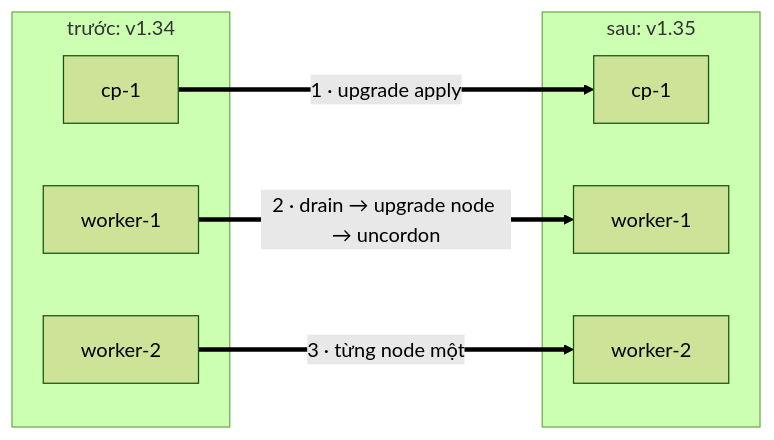
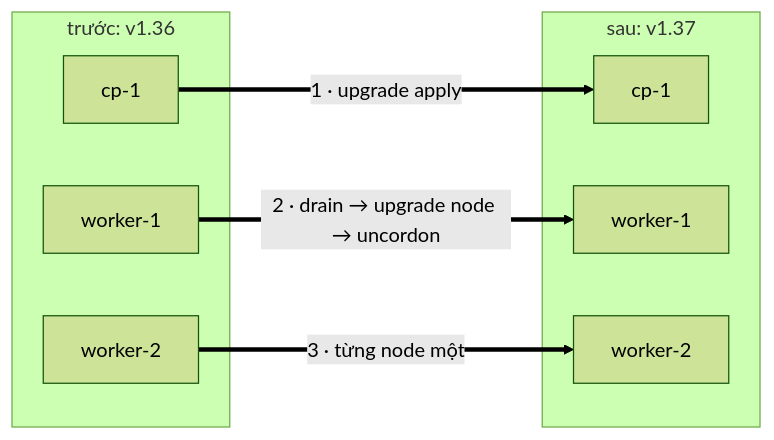
One commit to TomJennyDev/cka-labs changed the first of 2 diagrams in labs/30-kubeadm-upgrade/README.md. Above: the diagram before and after it, drawn with Mermaid (forest theme). The commit also changed other lines of this file and 109 other files, not shown here.

````diff
--- a/labs/30-kubeadm-upgrade/README.md
+++ b/labs/30-kubeadm-upgrade/README.md
@@ -29,16 +29,16 @@
 ```mermaid
 flowchart LR
-  subgraph b ["trước: v1.34"]
+  subgraph b ["trước: v1.36"]
     c1["cp-1"]
     w1["worker-1"]
     w2["worker-2"]
   end
-  subgraph a ["sau: v1.35"]
+  subgraph a ["sau: v1.37"]
     c2["cp-1"]
     w3["worker-1"]
     w4["worker-2"]
   end
   c1 ==>|"1 · upgrade apply"| c2
   w1 ==>|"2 · drain → upgrade node → uncordon"| w3
   w2 ==>|"3 · từng node một"| w4
 ```
````
